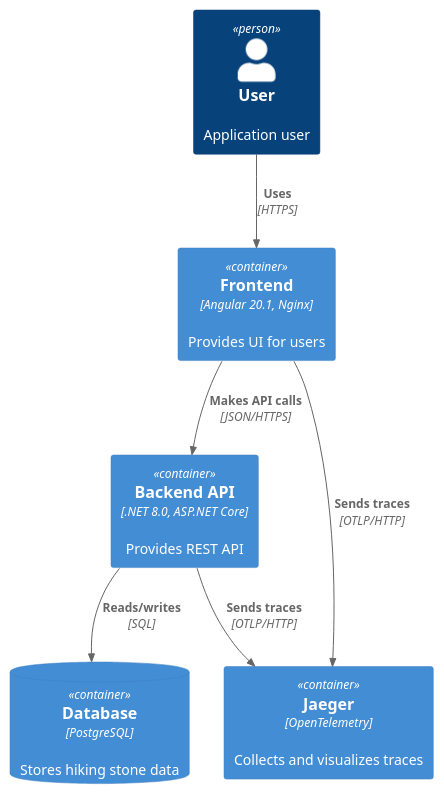
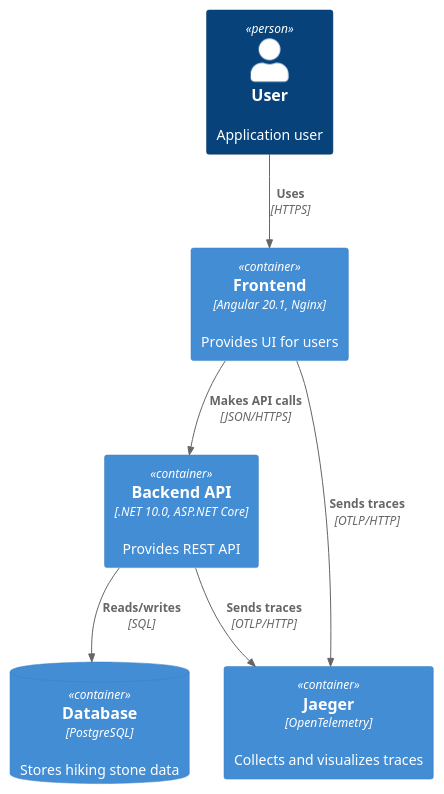
One commit to trailmarks-io/trailmarks changed the second of 8 diagrams in docs/architecture/index.adoc. Above: the diagram before and after it, drawn with PlantUML. The commit also changed other lines of this file and 4 other files, not shown here.

```diff
--- a/docs/architecture/index.adoc
+++ b/docs/architecture/index.adoc
@@ -160,20 +160,20 @@
 [plantuml,technical-context,svg]
 ----
 @startuml
 !include https://raw.githubusercontent.com/plantuml-stdlib/C4-PlantUML/master/C4_Container.puml
 
 Person(user, "User", "Application user")
 
 Container(frontend, "Frontend", "Angular 20.1, Nginx", "Provides UI for users")
-Container(backend, "Backend API", ".NET 8.0, ASP.NET Core", "Provides REST API")
+Container(backend, "Backend API", ".NET 10.0, ASP.NET Core", "Provides REST API")
 ContainerDb(database, "Database", "PostgreSQL", "Stores hiking stone data")
 Container(jaeger, "Jaeger", "OpenTelemetry", "Collects and visualizes traces")
 
 Rel(user, frontend, "Uses", "HTTPS")
 Rel(frontend, backend, "Makes API calls", "JSON/HTTPS")
 Rel(backend, database, "Reads/writes", "SQL")
 Rel(frontend, jaeger, "Sends traces", "OTLP/HTTP")
 Rel(backend, jaeger, "Sends traces", "OTLP/HTTP")
 
 @enduml
 ----
```
